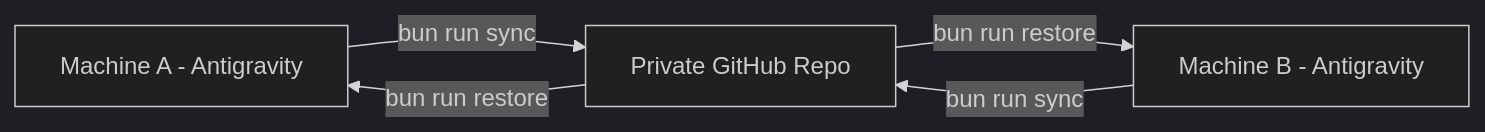
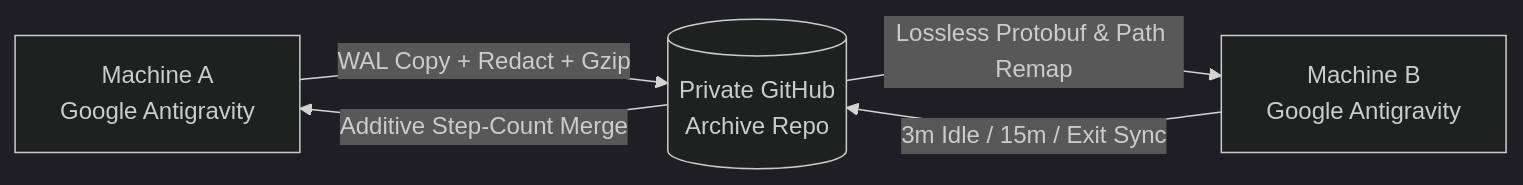
One commit to MahmoudELsawy0357/antigravity-chat-sync changed the diagram in README.md. Above: the diagram before and after it, drawn with Mermaid (dark theme). The commit also changed other lines of this file and 3 other files, not shown here.

````diff
--- a/README.md
+++ b/README.md
@@ -26,7 +45,7 @@
 ```mermaid
 flowchart LR
-    PC1["Machine A - Antigravity"] -- "bun run sync" --> GH["Private GitHub Repo"]
-    GH -- "bun run restore" --> PC2["Machine B - Antigravity"]
-    PC2 -- "bun run sync" --> GH
-    GH -- "bun run restore" --> PC1
+    A["Machine A<br/>Google Antigravity"] -- "WAL Copy + Redact + Gzip" --> G[("Private GitHub<br/>Archive Repo")]
+    G -- "Lossless Protobuf & Path Remap" --> B["Machine B<br/>Google Antigravity"]
+    B -- "3m Idle / 15m / Exit Sync" --> G
+    G -- "Additive Step-Count Merge" --> A
 ```
````
